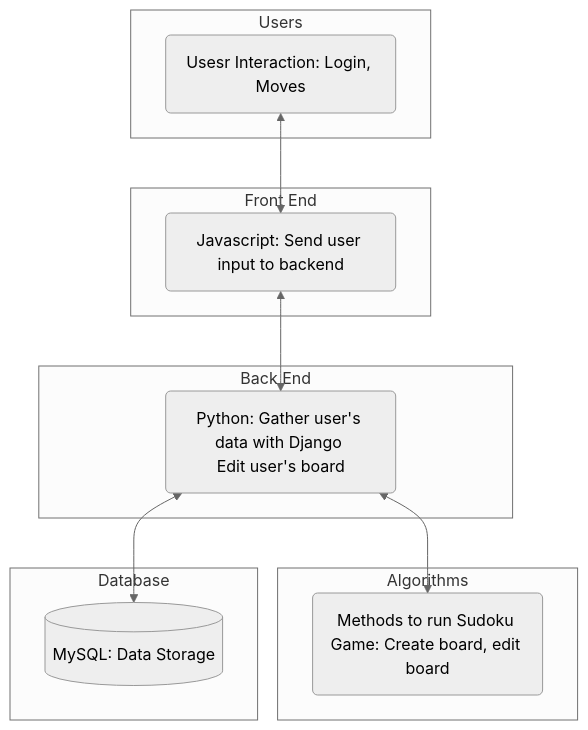
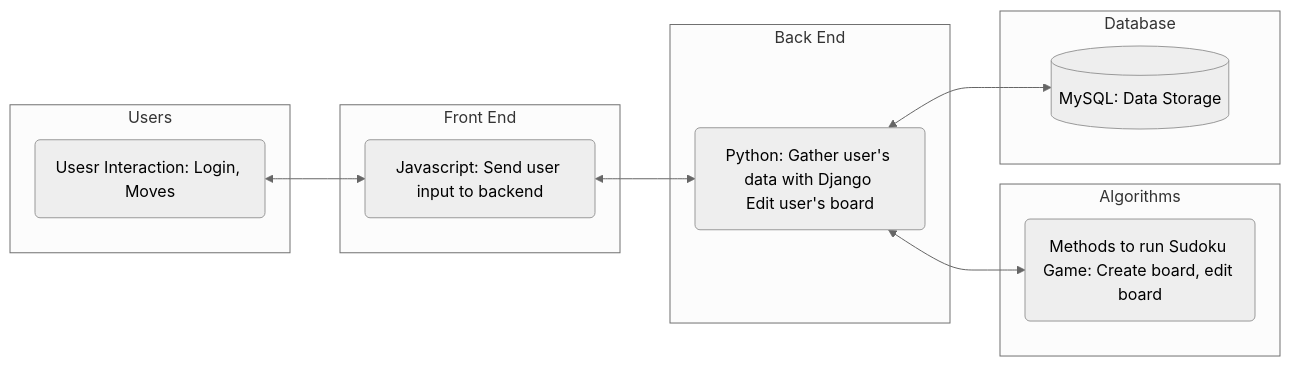
Before and after one commit to ClearCrystals/LogicLuminaries: the diagram in documentation/System Architecture.md, drawn with Mermaid (neutral theme).

Commit message:
Update System Architecture.md

````diff
--- a/documentation/System Architecture.md
+++ b/documentation/System Architecture.md
@@ -3,27 +3,27 @@
 ```mermaid
-flowchart TD
+flowchart LR
 subgraph Users
     A(Usesr Interaction: Login, Moves)
 end
 
 subgraph Front End
 	B(Javascript: Send user input to backend)
 end
 	
 subgraph Back End
 	C(Python: Gather user's data with Django \nEdit user's board)
 end
 
 subgraph Algorithms
     D(Methods to run Sudoku Game: Create board, edit board)
 end
 
 subgraph Database
 	E[(MySQL: Data Storage)]
 end
 
 A <--> B
 B <--> C
 C <--> D
 C <--> E
 ```
````
